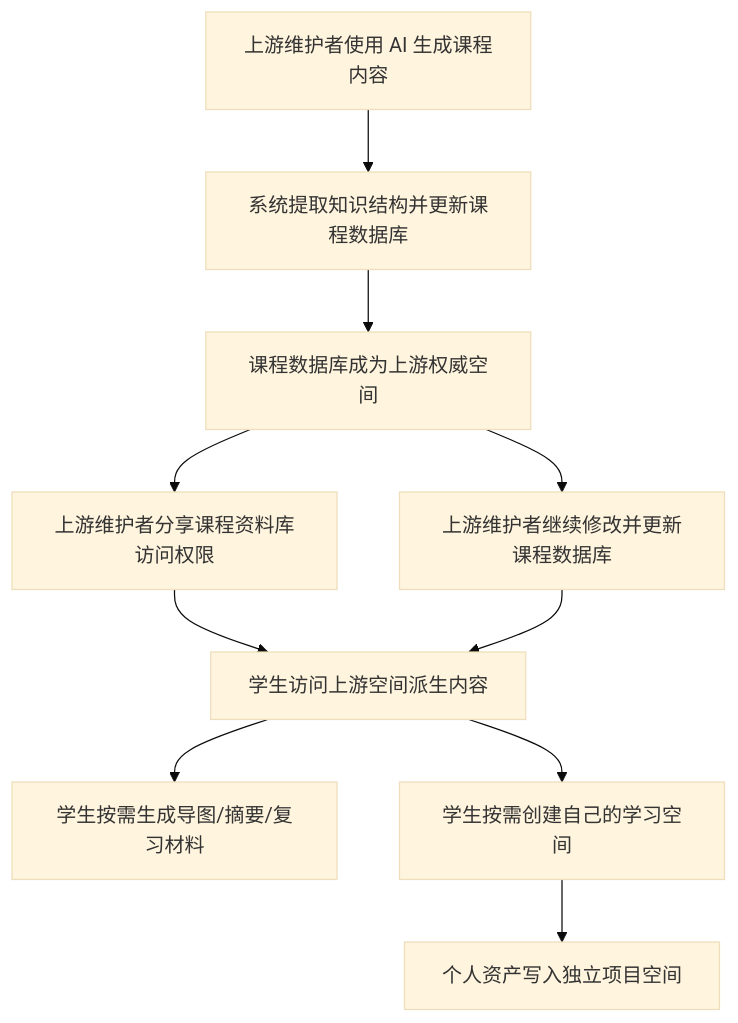
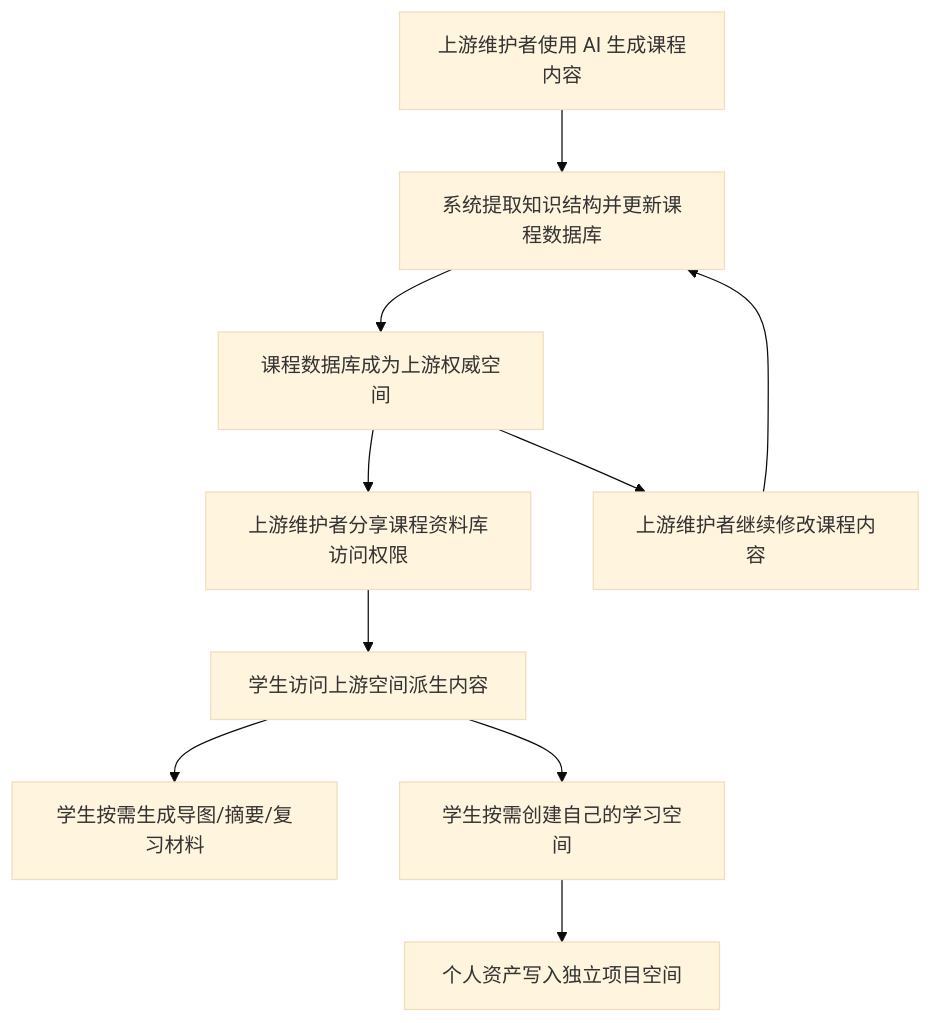
The second of 2 diagrams in docs/competition/05-key-technologies.md (ln-one/Spectra), drawn with Mermaid (base theme) before and after one commit. The commit also changed 3 other files, not shown here.

Commit message:
Refine competition Mermaid diagrams

````diff
--- a/docs/competition/05-key-technologies.md
+++ b/docs/competition/05-key-technologies.md
@@ -214,12 +214,12 @@
 ```mermaid
 flowchart TD
     A["上游维护者使用 AI 生成课程内容"] --> B["系统提取知识结构并更新课程数据库"]
     B --> C["课程数据库成为上游权威空间"]
     C --> D["上游维护者分享课程资料库访问权限"]
     D --> E["学生访问上游空间派生内容"]
     E --> F["学生按需生成导图/摘要/复习材料"]
     E --> G["学生按需创建自己的学习空间"]
     G --> H["个人资产写入独立项目空间"]
-    C --> I["上游维护者继续修改并更新课程数据库"]
-    I --> E
+    C --> I["上游维护者继续修改课程内容"]
+    I --> B
 ```
````
